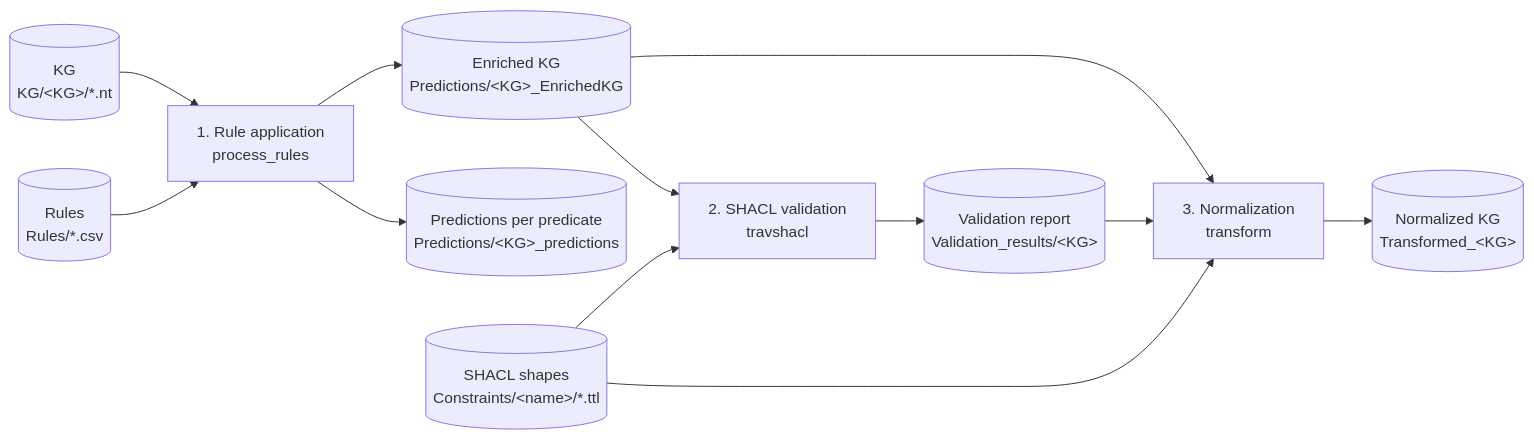
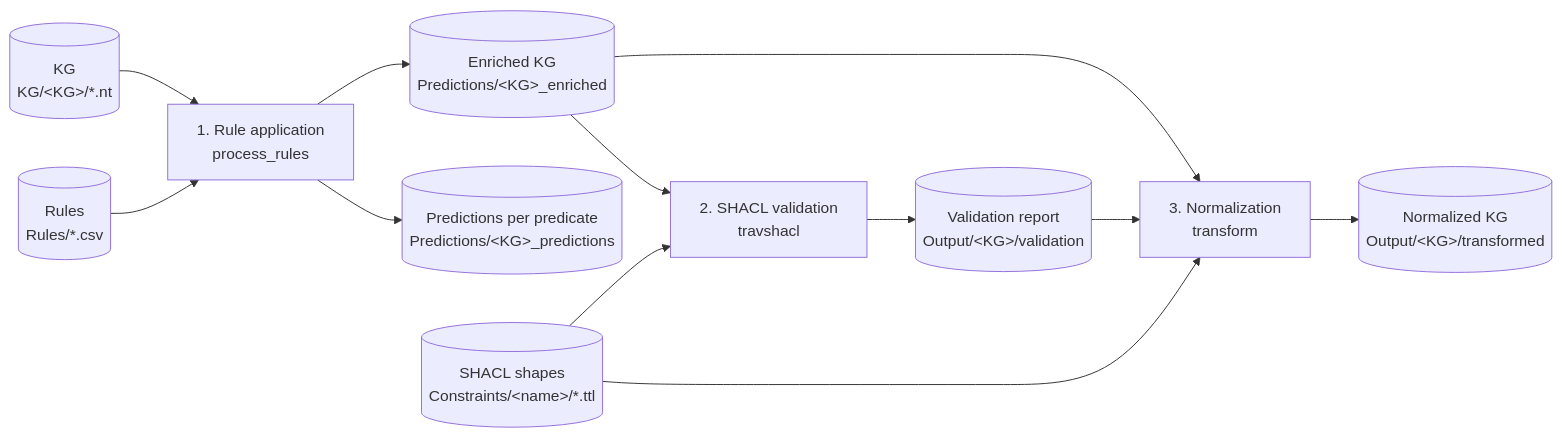
The diagram in docs/01-overview.md (DavidGomez00/VANILLA), drawn with Mermaid before and after one commit. The commit also changed other lines of this file and 17 other files, not shown here.

````diff
--- a/docs/01-overview.md
+++ b/docs/01-overview.md
@@ -31,14 +31,14 @@
 ```mermaid
 flowchart LR
     KG[("KG<br/>KG/&lt;KG&gt;/*.nt")] --> P
     R[("Rules<br/>Rules/*.csv")] --> P
-    P["1. Rule application<br/>process_rules"] --> E[("Enriched KG<br/>Predictions/&lt;KG&gt;_EnrichedKG")]
+    P["1. Rule application<br/>process_rules"] --> E[("Enriched KG<br/>Predictions/&lt;KG&gt;_enriched")]
     P --> PR[("Predictions per predicate<br/>Predictions/&lt;KG&gt;_predictions")]
     E --> V["2. SHACL validation<br/>travshacl"]
     C[("SHACL shapes<br/>Constraints/&lt;name&gt;/*.ttl")] --> V
-    V --> VR[("Validation report<br/>Validation_results/&lt;KG&gt;")]
+    V --> VR[("Validation report<br/>Output/&lt;KG&gt;/validation")]
     E --> T["3. Normalization<br/>transform"]
     VR --> T
     C --> T
-    T --> N[("Normalized KG<br/>Transformed_&lt;KG&gt;")]
+    T --> N[("Normalized KG<br/>Output/&lt;KG&gt;/transformed")]
 ```
````
